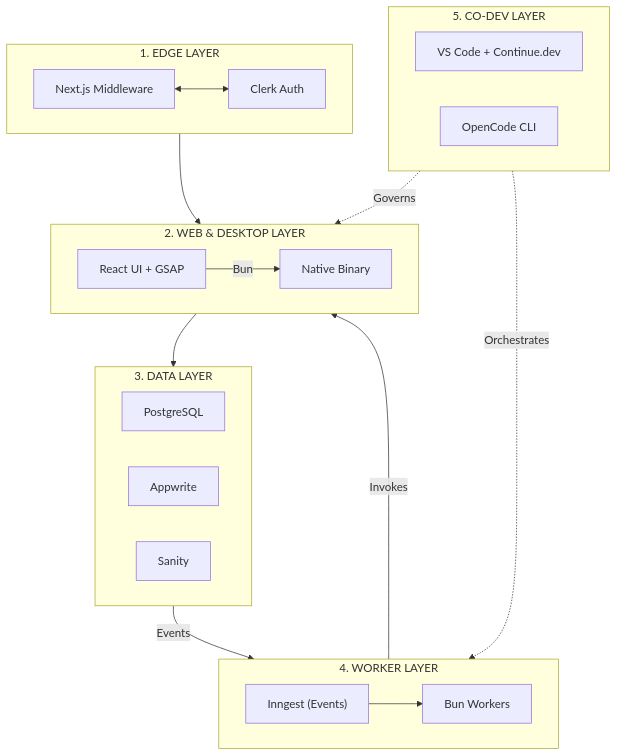
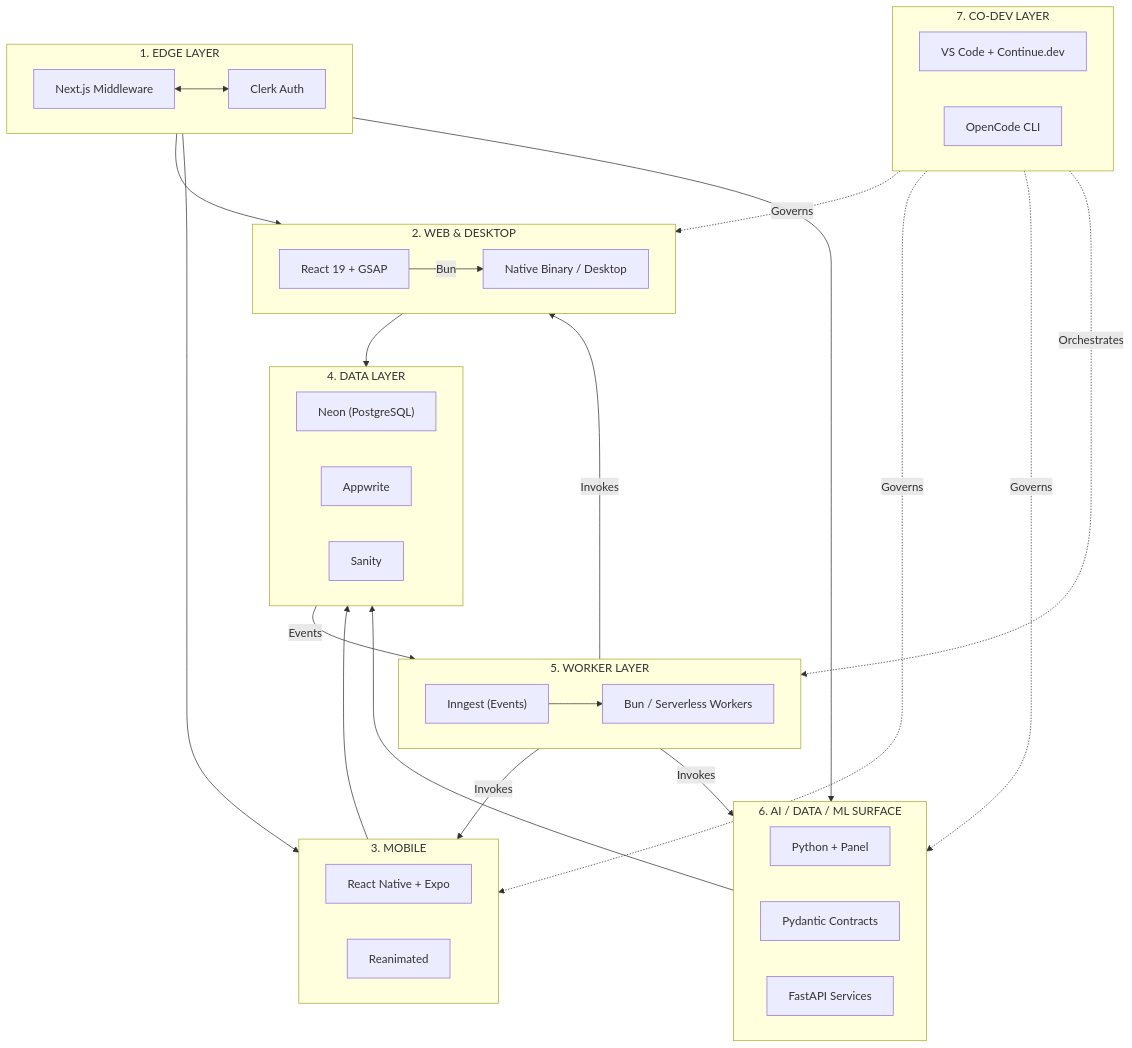
Before and after one commit to seanwhs/Plans: the diagram in Technical-Stack/From-Web-Stack-to-Living-System.md, drawn with Mermaid. The commit also changed other lines of this file, not shown here.

````diff
--- a/Technical-Stack/From-Web-Stack-to-Living-System.md
+++ b/Technical-Stack/From-Web-Stack-to-Living-System.md
@@ -25,26 +29,49 @@
 ```mermaid
 flowchart TB
     subgraph EDGE["1. EDGE LAYER"]
         M["Next.js Middleware"] <--> C["Clerk Auth"]
     end
-    subgraph CL["2. WEB & DESKTOP LAYER"]
-        A["React UI + GSAP"] -->|Bun| B["Native Binary"]
+
+    subgraph WEB["2. WEB & DESKTOP"]
+        A["React 19 + GSAP"] -->|Bun| B["Native Binary / Desktop"]
     end
-    subgraph DATA["3. DATA LAYER"]
-        E["PostgreSQL"] & D["Appwrite"] & F["Sanity"]
+
+    subgraph MOBILE["3. MOBILE"]
+        RN["React Native + Expo"]
+        RA["Reanimated"]
     end
-    subgraph ORCH["4. WORKER LAYER"]
-        G["Inngest (Events)"] --> H["Bun Workers"]
+
+    subgraph DATA["4. DATA LAYER"]
+        E["Neon (PostgreSQL)"] & D["Appwrite"] & F["Sanity"]
     end
-    subgraph AI["5. CO-DEV LAYER"]
+
+    subgraph ORCH["5. WORKER LAYER"]
+        G["Inngest (Events)"] --> H["Bun / Serverless Workers"]
+    end
+
+    subgraph ML["6. AI / DATA / ML SURFACE"]
+        PY["Python + Panel"]
+        PD["Pydantic Contracts"]
+        FA["FastAPI Services"]
+    end
+
+    subgraph AI["7. CO-DEV LAYER"]
         VS["VS Code + Continue.dev"]
         Open["OpenCode CLI"]
     end
-    EDGE --> CL
-    CL --> DATA
+
+    EDGE --> WEB
+    EDGE --> MOBILE
+    EDGE --> ML
+    WEB --> DATA
+    MOBILE --> DATA
+    ML --> DATA
     DATA -->|"Events"| ORCH
-    ORCH -->|"Invokes"| CL
-    AI -.->|"Governs"| CL
+    ORCH -->|"Invokes"| WEB
+    ORCH -->|"Invokes"| MOBILE
+    ORCH -->|"Invokes"| ML
+    AI -.->|"Governs"| WEB
+    AI -.->|"Governs"| MOBILE
+    AI -.->|"Governs"| ML
     AI -.->|"Orchestrates"| ORCH
-
 ```
````
